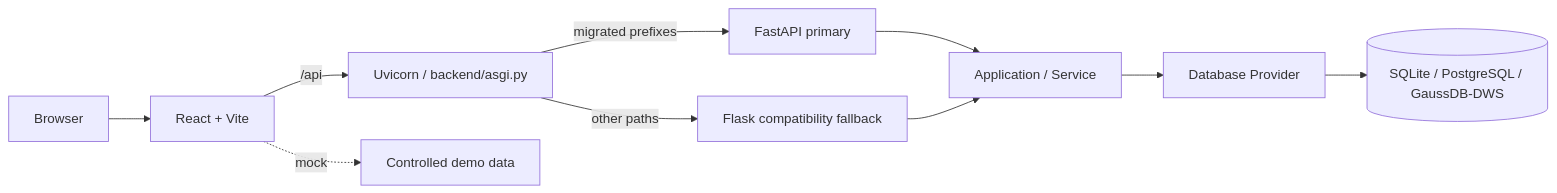
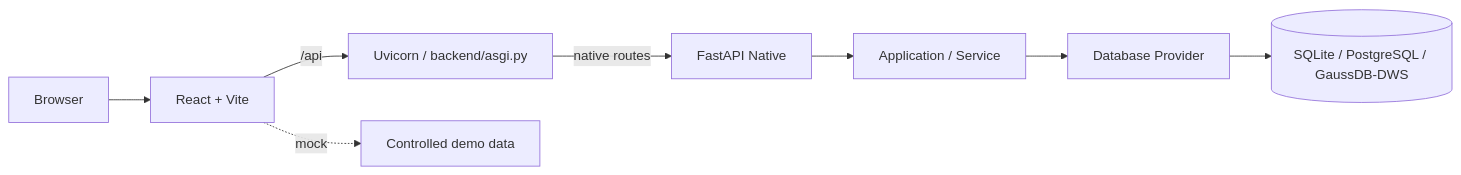
Before and after one commit to 0verme/data-asset-portal-community: the diagram in docs/architecture.md, drawn with Mermaid. The commit also changed other lines of this file and 21 other files, not shown here.

First line of the commit message:
♻️ refactor(backend): 退休 Flask compatibility runtime

````diff
--- a/docs/architecture.md
+++ b/docs/architecture.md
@@ -25,12 +29,10 @@
 ```mermaid
 flowchart LR
   U["Browser"] --> F["React + Vite"]
   F -->|"/api"| R["Uvicorn / backend/asgi.py"]
-  R -->|"migrated prefixes"| A["FastAPI primary"]
-  R -->|"other paths"| W["Flask compatibility fallback"]
+  R -->|"native routes"| A["FastAPI Native"]
   A --> S["Application / Service"]
-  W --> S
   S --> P["Database Provider"]
   P --> D[("SQLite / PostgreSQL / GaussDB-DWS")]
   F -.->|"mock"| M["Controlled demo data"]
 ```
````
